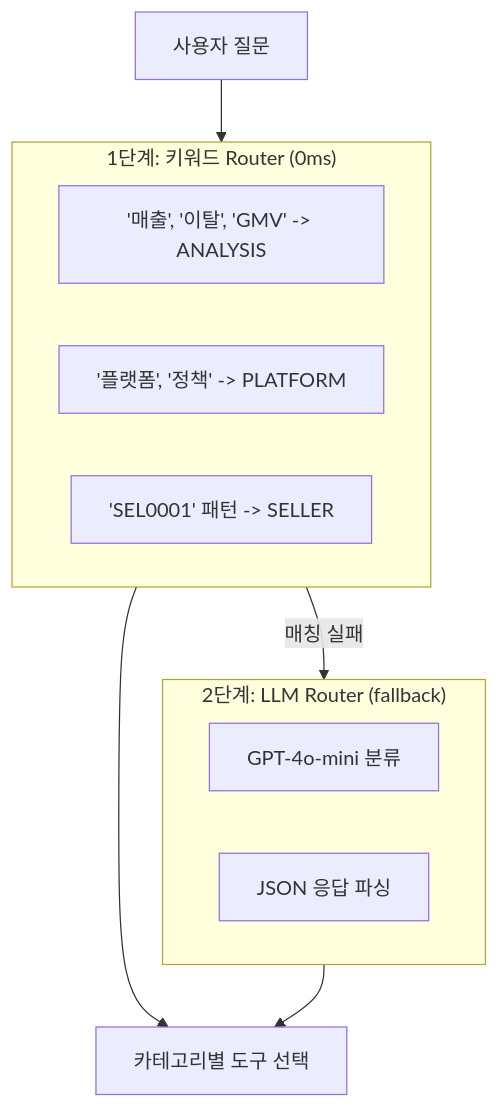
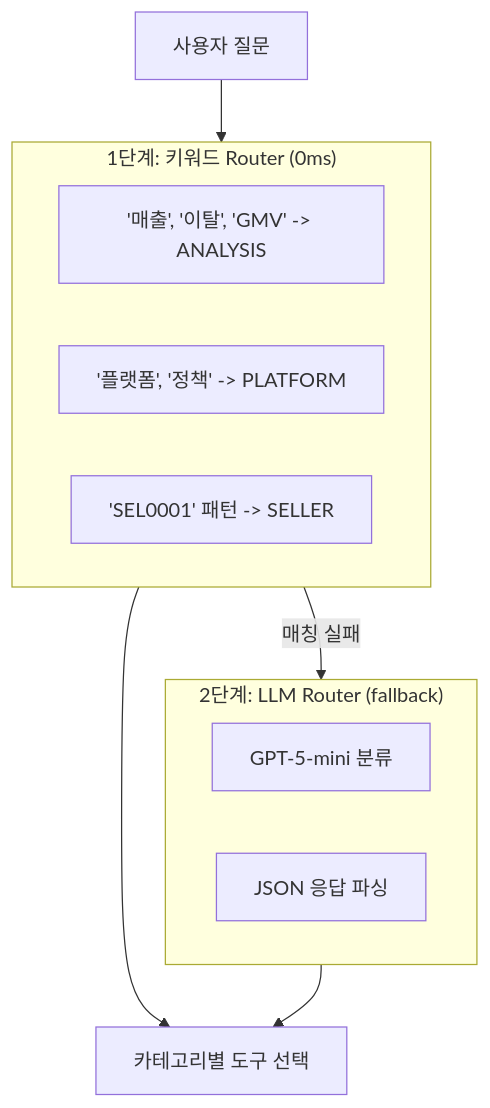
The fifth of 25 diagrams in backend 리팩토링 시작/README.md (ASNGG/cafe24-demo), drawn with Mermaid before and after one commit. The commit also changed other lines of this file and 25 other files, not shown here.

````diff
--- a/backend 리팩토링 시작/README.md
+++ b/backend 리팩토링 시작/README.md
@@ -735,19 +751,19 @@
 ```mermaid
 flowchart TB
     Q["사용자 질문"]
 
     subgraph Stage1["1단계: 키워드 Router (0ms)"]
         K1["'매출', '이탈', 'GMV' -> ANALYSIS"]
         K2["'플랫폼', '정책' -> PLATFORM"]
         K3["'SEL0001' 패턴 -> SELLER"]
     end
 
     subgraph Stage2["2단계: LLM Router (fallback)"]
-        L1["GPT-4o-mini 분류"]
+        L1["GPT-5-mini 분류"]
         L2["JSON 응답 파싱"]
     end
 
     Q --> Stage1
     Stage1 -->|"매칭 실패"| Stage2
     Stage1 & Stage2 --> Tools["카테고리별 도구 선택"]
 ```
````
